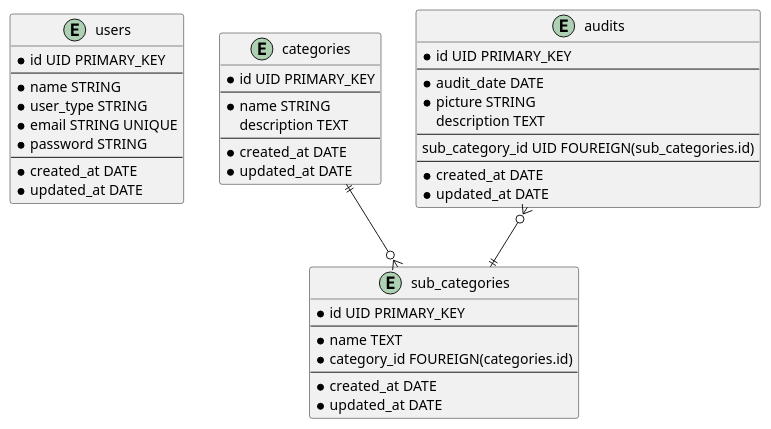
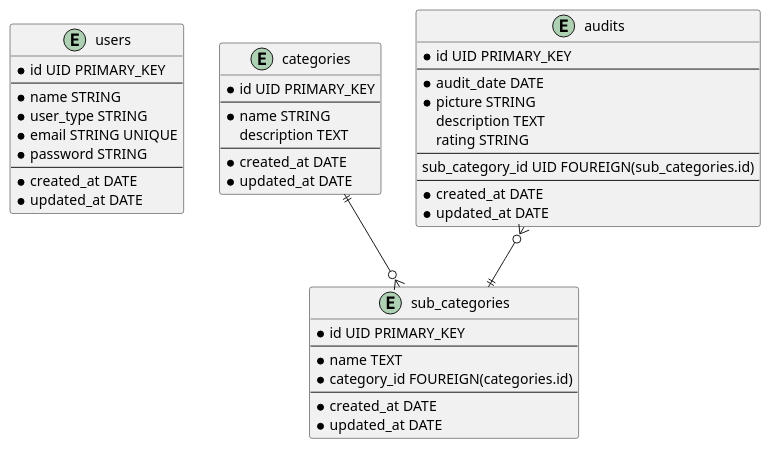
Before and after one commit to vithiaz/wilmar_audit: the diagram in db_design.puml, drawn with PlantUML. The commit also changed 6 other files, not shown here.

```diff
--- a/db_design.puml
+++ b/db_design.puml
@@ -1,54 +1,55 @@
 @startuml
 
 
 entity users {
     * id UID PRIMARY_KEY
     --
     * name STRING
     * user_type STRING
     ' admin
     ' auditor
     * email STRING UNIQUE
     * password STRING
     --
     * created_at DATE
     * updated_at DATE
 }
 
 entity categories {
     * id UID PRIMARY_KEY
     --
     * name STRING
     description TEXT
     --
     * created_at DATE
     * updated_at DATE
 }
 
 entity sub_categories {
     * id UID PRIMARY_KEY
     --
     * name TEXT
     * category_id FOUREIGN(categories.id)
     --
     * created_at DATE
     * updated_at DATE
 }
 
 entity audits {
     * id UID PRIMARY_KEY
     --
     * audit_date DATE
     * picture STRING
     description TEXT
+    rating STRING
     --
     sub_category_id UID FOUREIGN(sub_categories.id)
     --
     * created_at DATE
     * updated_at DATE
 }
 
 categories ||--o{ sub_categories
 audits }o--|| sub_categories
 
 @enduml
```
